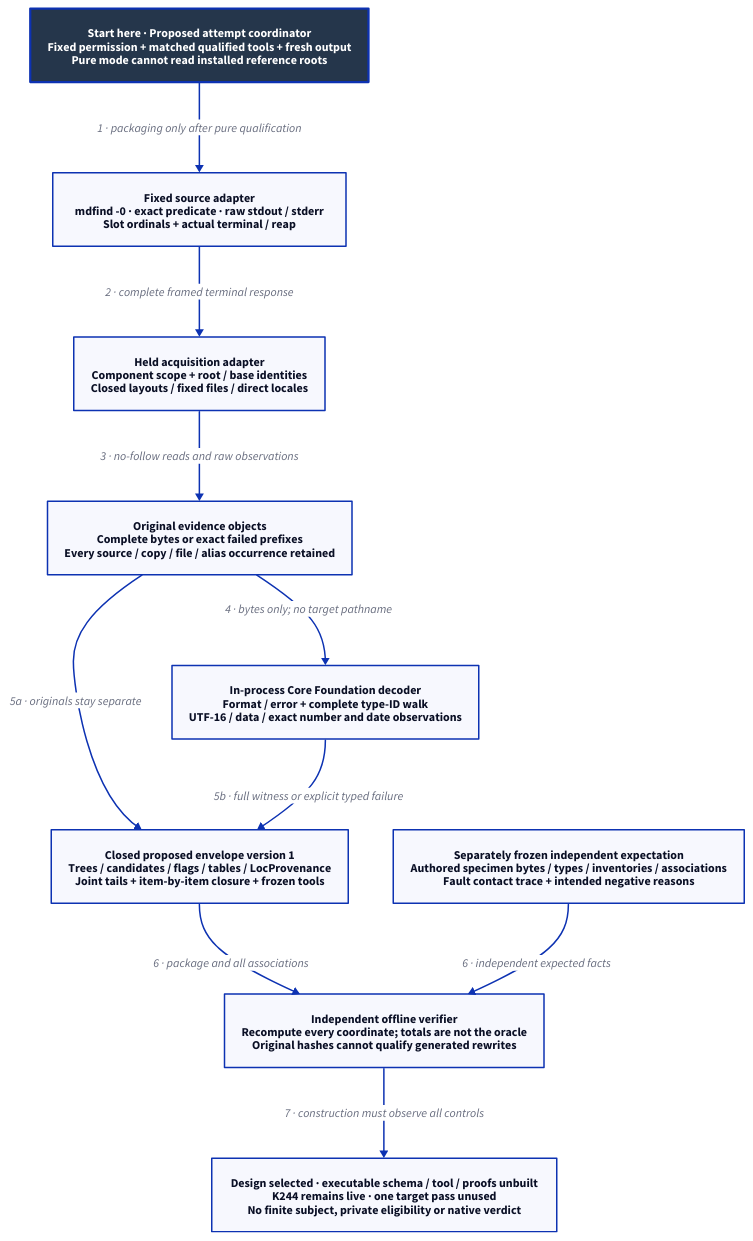
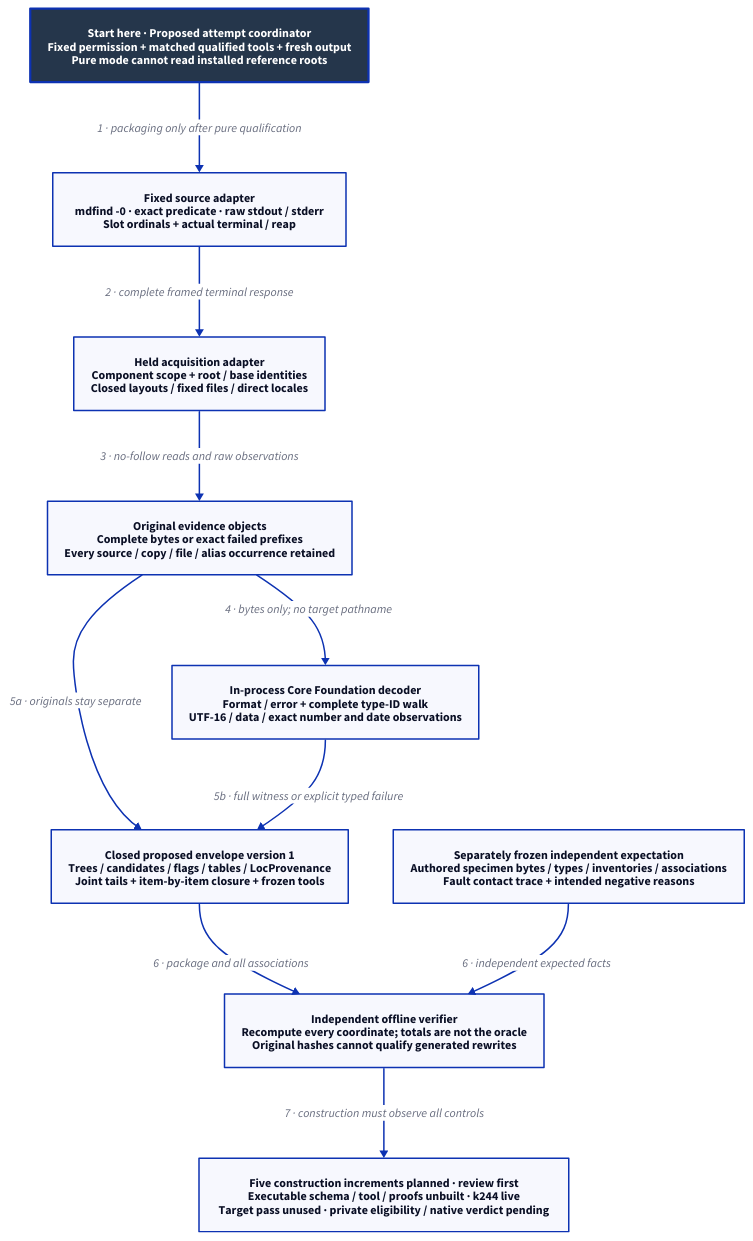
Before and after one commit to Linkuistics/Koine: the diagram in docs/design/architecture/native-reference-instrument.d2, drawn with D2. The commit also changed 27 other files, not shown here.

Commit message:
Plan five qualified reference-evidence increments (reference-evidence-instrument-k249)

```diff
--- a/docs/design/architecture/native-reference-instrument.d2
+++ b/docs/design/architecture/native-reference-instrument.d2
@@ -1,23 +1,23 @@
 # Proposed evidence-tool components; none is implemented or qualified by this design.
 direction: down
 classes: {
   start: {style: {fill: "#25364B"; font-color: "#FFFFFF"; bold: true; stroke-width: 3}}
 }
 Start: "Start here · Proposed attempt coordinator\nFixed permission + matched qualified tools + fresh output\nPure mode cannot read installed reference roots" {class: start}
 Source: "Fixed source adapter\nmdfind -0 · exact predicate · raw stdout / stderr\nSlot ordinals + actual terminal / reap"
 Held: "Held acquisition adapter\nComponent scope + root / base identities\nClosed layouts / fixed files / direct locales"
 Objects: "Original evidence objects\nComplete bytes or exact failed prefixes\nEvery source / copy / file / alias occurrence retained"
 Decoder: "In-process Core Foundation decoder\nFormat / error + complete type-ID walk\nUTF-16 / data / exact number and date observations"
 Envelope: "Closed proposed envelope version 1\nTrees / candidates / flags / tables / LocProvenance\nJoint tails + item-by-item closure + frozen tools"
 Oracle: "Separately frozen independent expectation\nAuthored specimen bytes / types / inventories / associations\nFault contact trace + intended negative reasons"
 Verifier: "Independent offline verifier\nRecompute every coordinate; totals are not the oracle\nOriginal hashes cannot qualify generated rewrites"
-Boundary: "Design selected · executable schema / tool / proofs unbuilt\nK244 remains live · one target pass unused\nNo finite subject, private eligibility or native verdict"
+Boundary: "Five construction increments planned · review first\nExecutable schema / tool / proofs unbuilt · k244 live\nTarget pass unused · private eligibility / native verdict pending"
 Start -> Source: "1 · packaging only after pure qualification"
 Source -> Held: "2 · complete framed terminal response"
 Held -> Objects: "3 · no-follow reads and raw observations"
 Objects -> Decoder: "4 · bytes only; no target pathname"
 Objects -> Envelope: "5a · originals stay separate"
 Decoder -> Envelope: "5b · full witness or explicit typed failure"
 Envelope -> Verifier: "6 · package and all associations"
 Oracle -> Verifier: "6 · independent expected facts"
 Verifier -> Boundary: "7 · construction must observe all controls"
```
